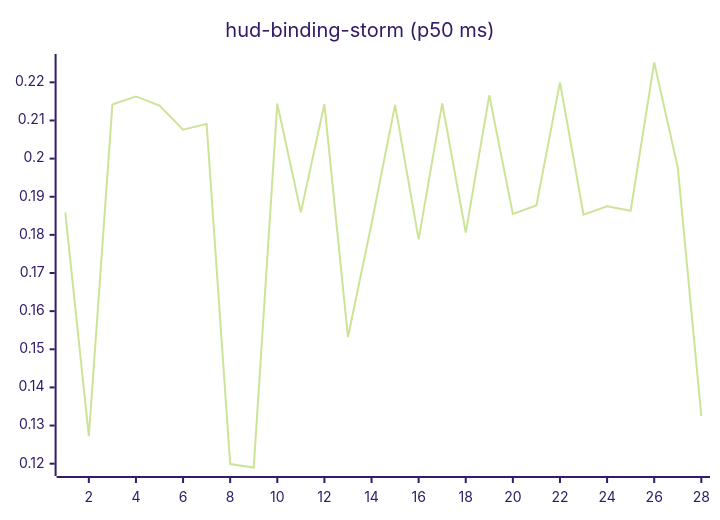
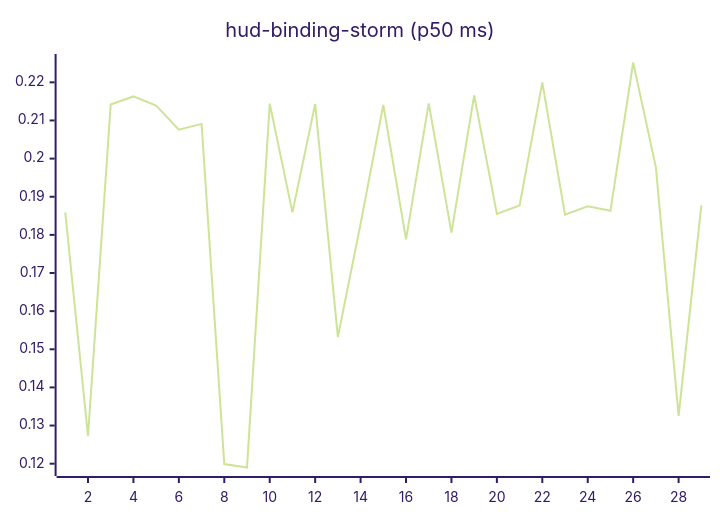
Before and after one commit to josha/Facet: the tenth of 27 diagrams in README.md, drawn with Mermaid (forest theme). The commit also changed other lines of this file and 2 other files, not shown here.

````diff
--- a/README.md
+++ b/README.md
@@ -126,6 +126,6 @@
 ```mermaid
 xychart-beta
     title "hud-binding-storm (p50 ms)"
-    x-axis 1 --> 28
-    line [0.1859, 0.1272, 0.2142, 0.2163, 0.2139, 0.2076, 0.2091, 0.1199, 0.1190, 0.2144, 0.1859, 0.2143, 0.1532, 0.1829, 0.2141, 0.1788, 0.2145, 0.1806, 0.2166, 0.1855, 0.1877, 0.2200, 0.1853, 0.1875, 0.1863, 0.2252, 0.1977, 0.1325]
+    x-axis 1 --> 29
+    line [0.1859, 0.1272, 0.2142, 0.2163, 0.2139, 0.2076, 0.2091, 0.1199, 0.1190, 0.2144, 0.1859, 0.2143, 0.1532, 0.1829, 0.2141, 0.1788, 0.2145, 0.1806, 0.2166, 0.1855, 0.1877, 0.2200, 0.1853, 0.1875, 0.1863, 0.2252, 0.1977, 0.1325, 0.1877]
 ```
````
